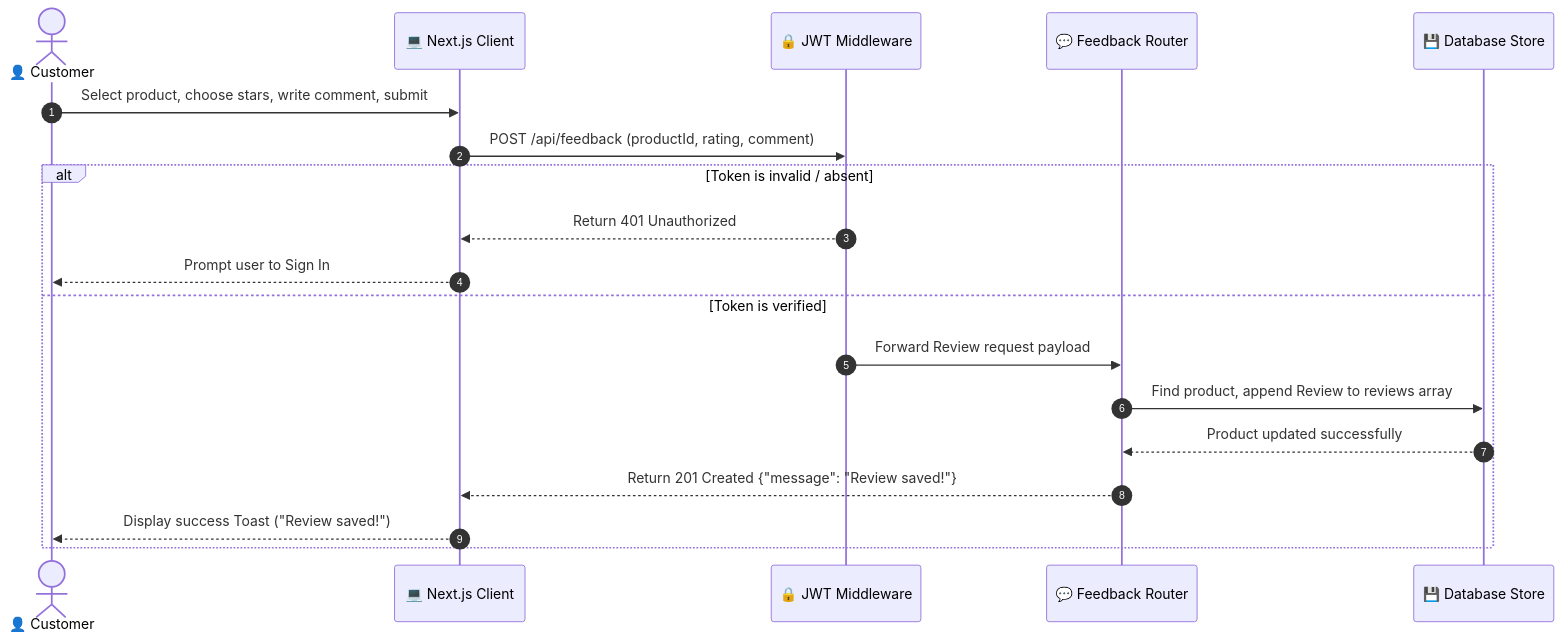
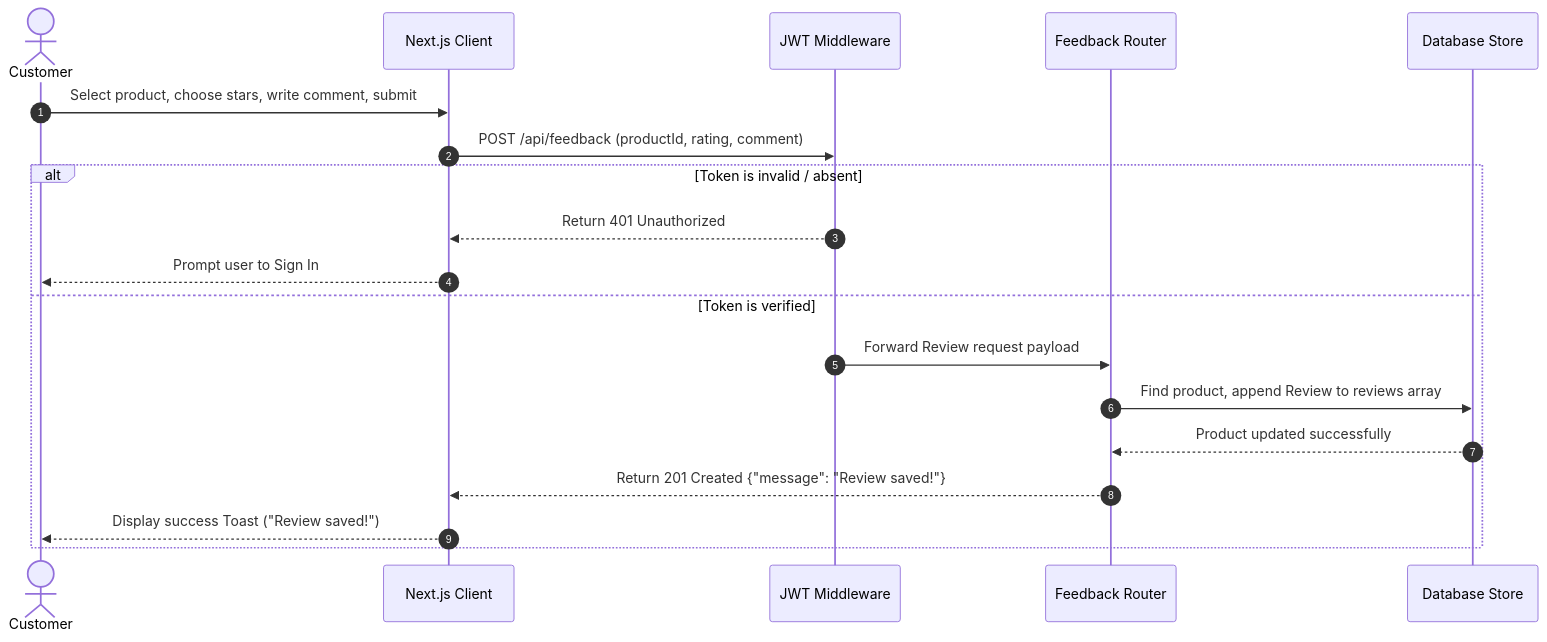
One commit to nfqadeer151-arch/ecommerce-store-app changed the fourth of 5 diagrams in docs/uml_diagrams.md. Above: the diagram before and after it, drawn with Mermaid. The commit also changed other lines of this file, not shown here.

Commit message:
docs: update UML design diagrams with straight arrows and recommendation microservice

````diff
--- a/docs/uml_diagrams.md
+++ b/docs/uml_diagrams.md
@@ -147,23 +167,23 @@
 ```mermaid
 sequenceDiagram
     autonumber
-    actor User as 👤 Customer
-    participant FE as 💻 Next.js Client
-    participant Middleware as 🔒 JWT Middleware
-    participant Route as 💬 Feedback Router
-    participant DB as 💾 Database Store
+    actor User as Customer
+    participant FE as Next.js Client
+    participant Middleware as JWT Middleware
+    participant Route as Feedback Router
+    participant DB as Database Store
 
     User->>FE: Select product, choose stars, write comment, submit
     FE->>Middleware: POST /api/feedback (productId, rating, comment)
     
     alt Token is invalid / absent
         Middleware-->>FE: Return 401 Unauthorized
         FE-->>User: Prompt user to Sign In
     else Token is verified
         Middleware->>Route: Forward Review request payload
         Route->>DB: Find product, append Review to reviews array
         DB-->>Route: Product updated successfully
         Route-->>FE: Return 201 Created {"message": "Review saved!"}
         FE-->>User: Display success Toast ("Review saved!")
     end
 ```
````
